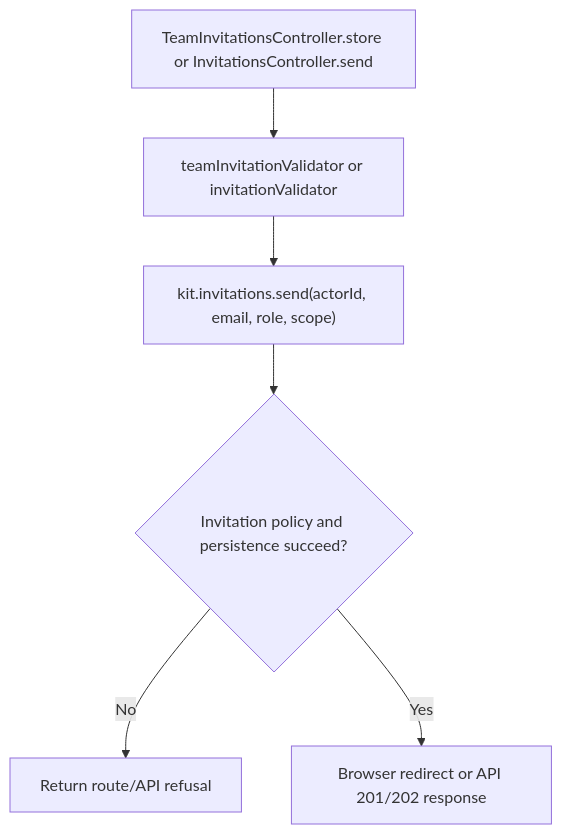
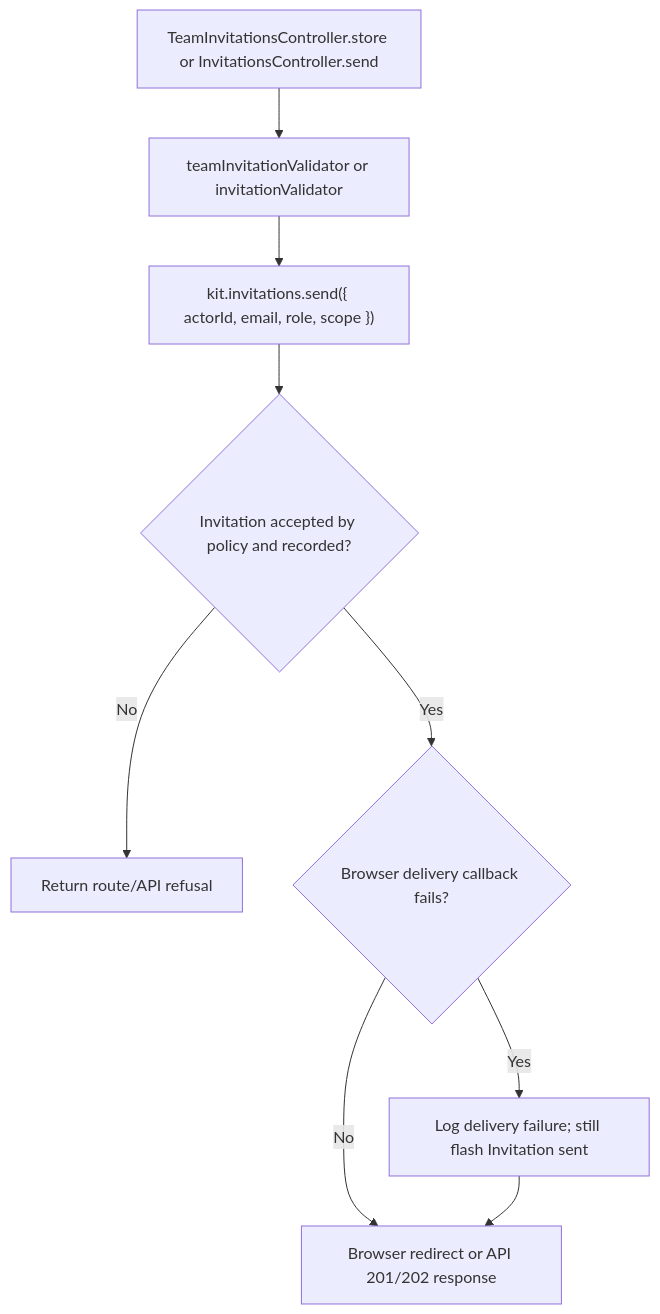
One commit to Kevinjohn/oss-adonisjs-starter-examples changed the second of 2 diagrams in user-stories/teams/us-team-04-invite-team-member.md. Above: the diagram before and after it, drawn with Mermaid. The commit also changed other lines of this file and 2 other files, not shown here.

Commit message:
docs: correct starter email, invitation and team flows

````diff
--- a/user-stories/teams/us-team-04-invite-team-member.md
+++ b/user-stories/teams/us-team-04-invite-team-member.md
@@ -44,8 +44,11 @@
 ```mermaid
 flowchart TD
     A["TeamInvitationsController.store or InvitationsController.send"] --> B["teamInvitationValidator or invitationValidator"]
-    B --> C["kit.invitations.send(actorId, email, role, scope)"]
-    C --> D{"Invitation policy and persistence succeed?"}
+    B --> C["kit.invitations.send({ actorId, email, role, scope })"]
+    C --> D{"Invitation accepted by policy and recorded?"}
     D -->|No| E["Return route/API refusal"]
-    D -->|Yes| F["Browser redirect or API 201/202 response"]
+    D -->|Yes| F{"Browser delivery callback fails?"}
+    F -->|Yes| G["Log delivery failure; still flash Invitation sent"]
+    F -->|No| H["Browser redirect or API 201/202 response"]
+    G --> H
 ```
````
